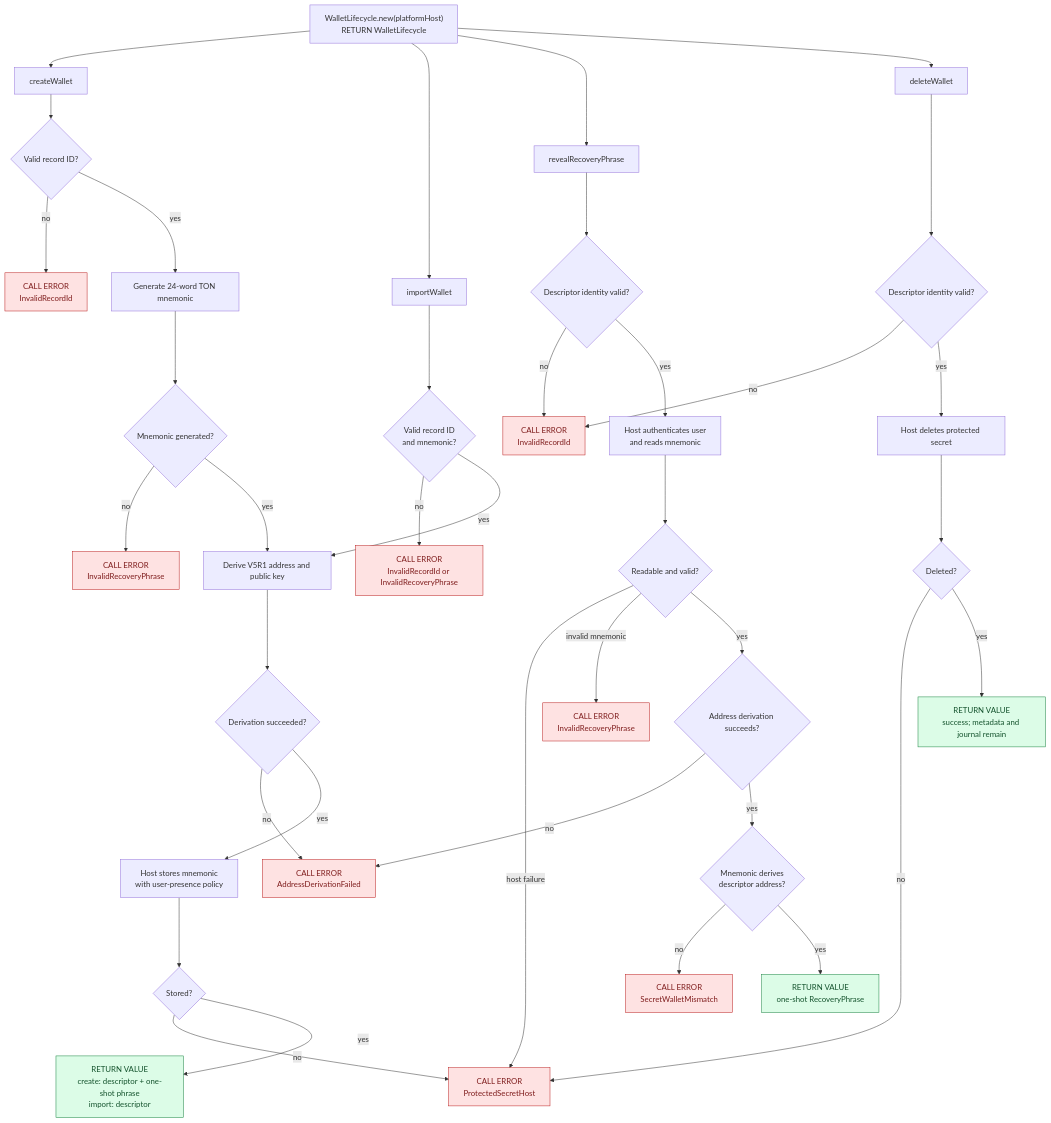
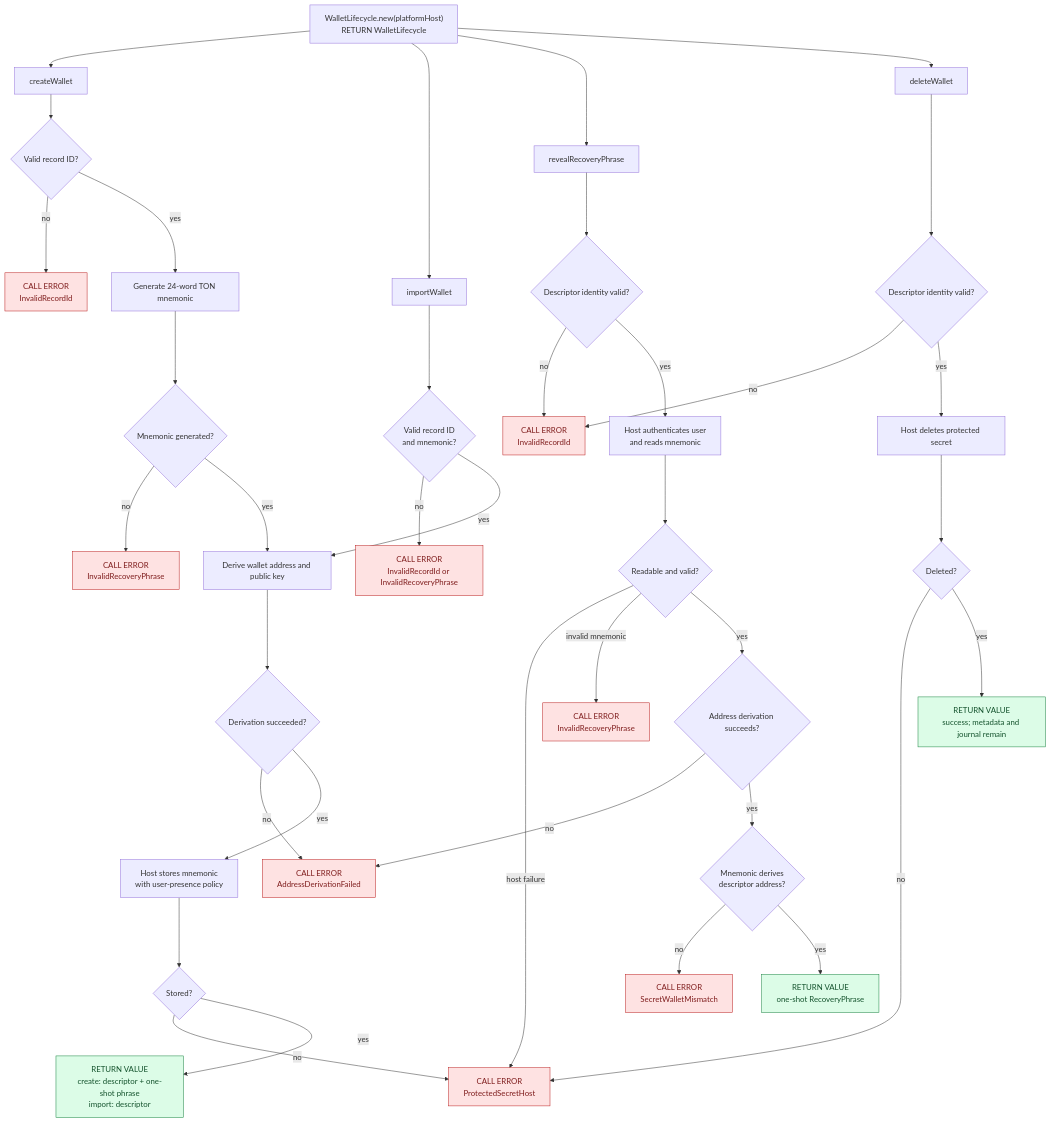
The second of 9 diagrams in README.md (i582/wallet-engine), drawn with Mermaid before and after one commit. The commit also changed other lines of this file and 31 other files, not shown here.

````diff
--- a/README.md
+++ b/README.md
@@ -197,60 +197,60 @@
 ```mermaid
 flowchart TD
     LifecycleNew["WalletLifecycle.new(platformHost)<br/>RETURN WalletLifecycle"]
     LifecycleNew --> Create
     LifecycleNew --> Import
     LifecycleNew --> Reveal
     LifecycleNew --> Delete
 
     Create["createWallet"] --> ValidateCreate{"Valid record ID?"}
     ValidateCreate -- no --> InvalidRecord["CALL ERROR<br/>InvalidRecordId"]
     ValidateCreate -- yes --> Generate["Generate 24-word TON mnemonic"]
     Generate --> Generated{"Mnemonic generated?"}
     Generated -- no --> InvalidGenerated["CALL ERROR<br/>InvalidRecoveryPhrase"]
-    Generated -- yes --> DeriveCreate["Derive V5R1 address and public key"]
+    Generated -- yes --> DeriveCreate["Derive wallet address and public key"]
 
     Import["importWallet"]
     ValidateImport{"Valid record ID<br/>and mnemonic?"}
     InvalidImport["CALL ERROR<br/>InvalidRecordId or InvalidRecoveryPhrase"]
     Import --> ValidateImport
     ValidateImport -- no --> InvalidImport
     ValidateImport -- yes --> DeriveCreate
 
     DeriveCreate --> DeriveOk{"Derivation succeeded?"}
     DeriveOk -- no --> DeriveError["CALL ERROR<br/>AddressDerivationFailed"]
     Store["Host stores mnemonic<br/>with user-presence policy"]
     DeriveOk -- yes --> Store
     Store --> StoreOk{"Stored?"}
     StoreOk -- no --> SecretHost["CALL ERROR<br/>ProtectedSecretHost"]
     Created["RETURN VALUE<br/>create: descriptor + one-shot phrase<br/>import: descriptor"]
     StoreOk -- yes --> Created
 
     Reveal["revealRecoveryPhrase"]
     ValidateDescriptor{"Descriptor identity valid?"}
     Reveal --> ValidateDescriptor
     ValidateDescriptor -- no --> InvalidDescriptor["CALL ERROR<br/>InvalidRecordId"]
     ReadSecret["Host authenticates user<br/>and reads mnemonic"]
     ValidateDescriptor -- yes --> ReadSecret
     ReadSecret --> ReadOk{"Readable and valid?"}
     ReadOk -- host failure --> SecretHost
     ReadOk -- invalid mnemonic --> InvalidPhrase["CALL ERROR<br/>InvalidRecoveryPhrase"]
     ReadOk -- yes --> RevealDerive{"Address derivation succeeds?"}
     RevealDerive -- no --> DeriveError
     RevealDerive -- yes --> Match{"Mnemonic derives<br/>descriptor address?"}
     Match -- no --> Mismatch["CALL ERROR<br/>SecretWalletMismatch"]
     Match -- yes --> Phrase["RETURN VALUE<br/>one-shot RecoveryPhrase"]
 
     Delete["deleteWallet"] --> ValidateDelete{"Descriptor identity valid?"}
     ValidateDelete -- no --> InvalidDescriptor
     ValidateDelete -- yes --> DeleteSecret["Host deletes protected secret"]
     DeleteSecret --> DeleteOk{"Deleted?"}
     DeleteOk -- no --> SecretHost
     DeleteOk -- yes --> Deleted["RETURN VALUE<br/>success; metadata and journal remain"]
 
     classDef result fill:#dcfce7,stroke:#15803d,color:#14532d;
     classDef callError fill:#fee2e2,stroke:#b91c1c,color:#7f1d1d;
     class Created,Phrase,Deleted result;
     class InvalidRecord,InvalidImport,InvalidGenerated callError;
     class DeriveError,SecretHost callError;
     class InvalidDescriptor,InvalidPhrase,Mismatch callError;
 ```
````
